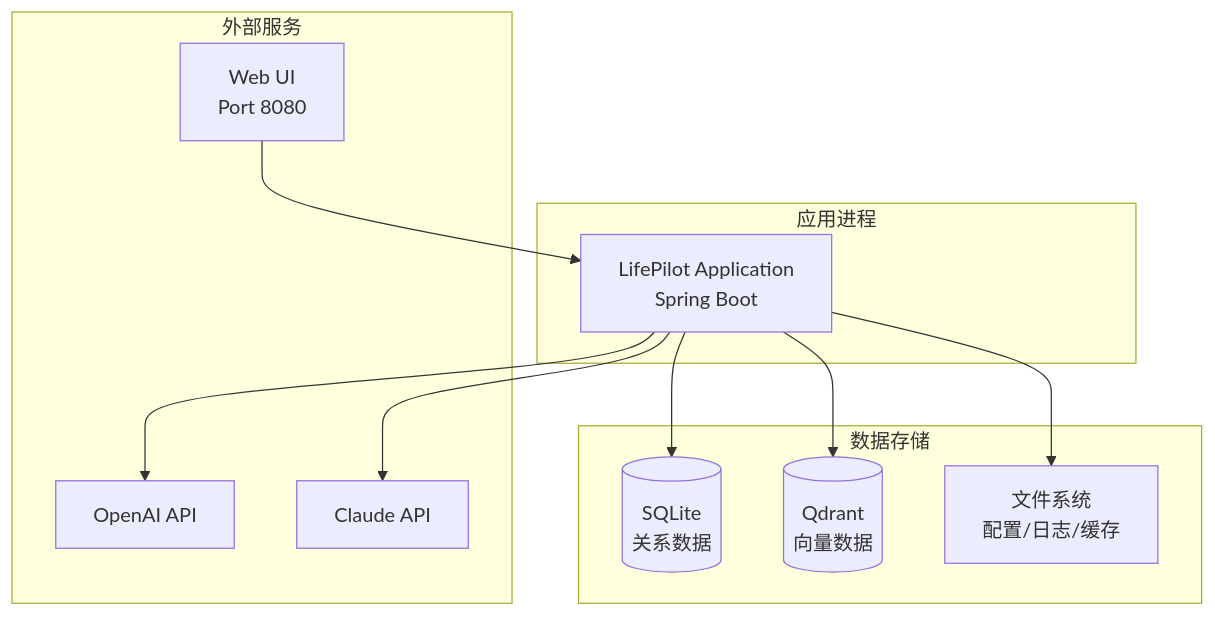
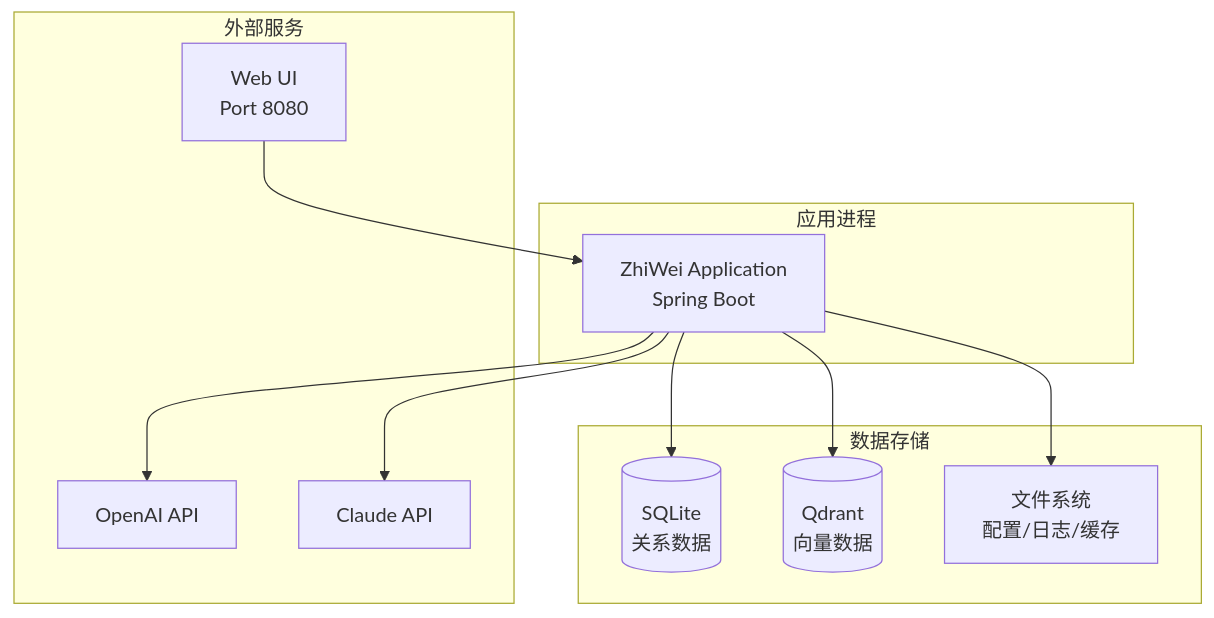
Before and after one commit to ntygod/LifePilot: the seventh of 29 diagrams in ARCHITECTURE-DIAGRAMS.md, drawn with Mermaid. The commit also changed other lines of this file and 103 other files, not shown here.

Commit message:
正式更名为知微（ZhiWei），升级为个人助手

````diff
--- a/ARCHITECTURE-DIAGRAMS.md
+++ b/ARCHITECTURE-DIAGRAMS.md
@@ -273,25 +273,25 @@
 ```mermaid
 graph TB
     subgraph "应用进程"
-        App[LifePilot Application<br/>Spring Boot]
+        App[ZhiWei Application<br/>Spring Boot]
     end
 
     subgraph "数据存储"
         SQLite[(SQLite<br/>关系数据)]
         Qdrant[(Qdrant<br/>向量数据)]
         FileStore[文件系统<br/>配置/日志/缓存]
     end
 
     subgraph "外部服务"
         OpenAI[OpenAI API]
         Claude[Claude API]
         Web[Web UI<br/>Port 8080]
     end
 
     App --> SQLite
     App --> Qdrant
     App --> FileStore
     App --> OpenAI
     App --> Claude
     Web --> App
 ```
````
